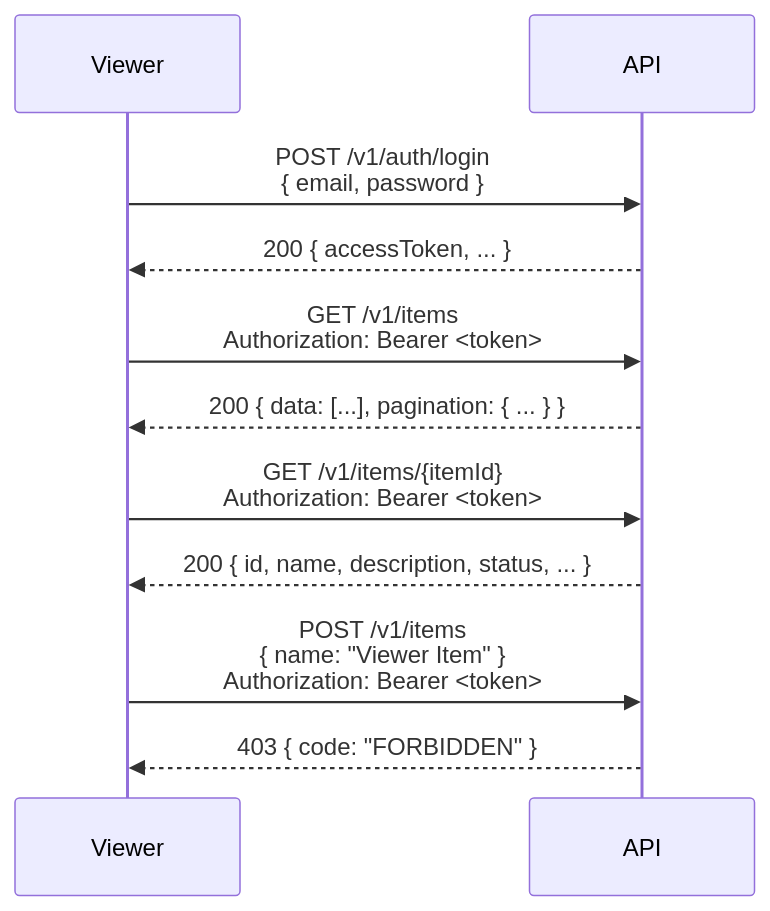
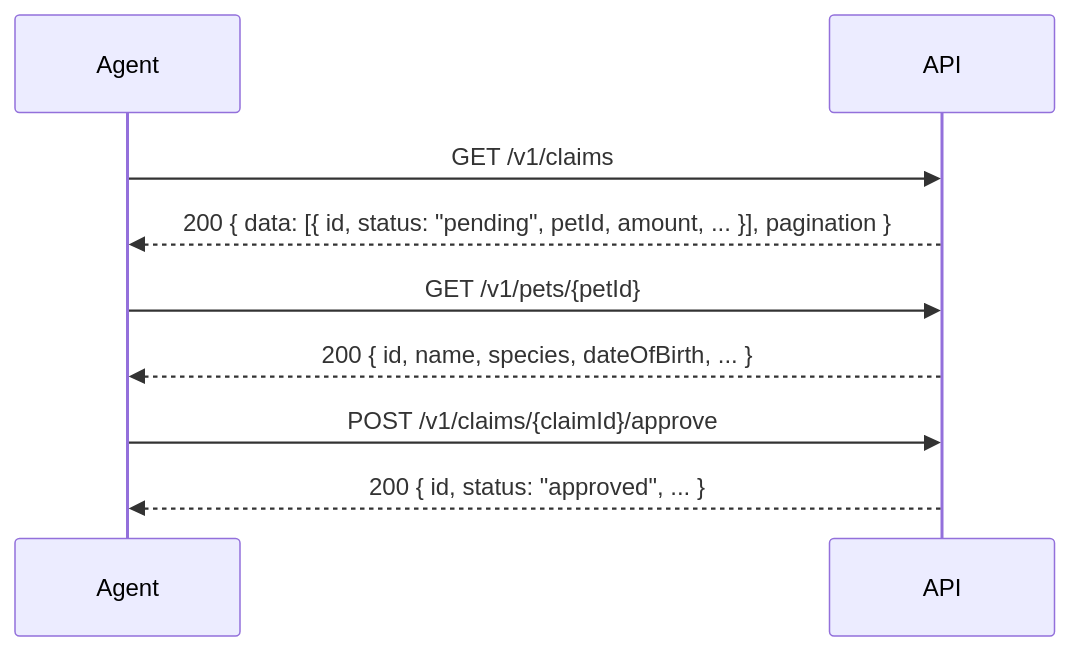
One commit to dataGriff/pet.insurance.domain.app.v1 changed the third of 6 diagrams in docs/specifications/sequence-diagrams.md. Above: the diagram before and after it, drawn with Mermaid. The commit also changed other lines of this file and 22 other files, not shown here.

````diff
--- a/docs/specifications/sequence-diagrams.md
+++ b/docs/specifications/sequence-diagrams.md
@@ -48,17 +50,14 @@
 ```mermaid
 sequenceDiagram
-    participant Viewer
+    participant Agent
     participant API
 
-    Viewer->>API: POST /v1/auth/login<br/>{ email, password }
-    API-->>Viewer: 200 { accessToken, ... }
+    Agent->>API: GET /v1/claims
+    API-->>Agent: 200 { data: [{ id, status: "pending", petId, amount, ... }], pagination }
 
-    Viewer->>API: GET /v1/items<br/>Authorization: Bearer <token>
-    API-->>Viewer: 200 { data: [...], pagination: { ... } }
+    Agent->>API: GET /v1/pets/{petId}
+    API-->>Agent: 200 { id, name, species, dateOfBirth, ... }
 
-    Viewer->>API: GET /v1/items/{itemId}<br/>Authorization: Bearer <token>
-    API-->>Viewer: 200 { id, name, description, status, ... }
-
-    Viewer->>API: POST /v1/items<br/>{ name: "Viewer Item" }<br/>Authorization: Bearer <token>
-    API-->>Viewer: 403 { code: "FORBIDDEN" }
+    Agent->>API: POST /v1/claims/{claimId}/approve
+    API-->>Agent: 200 { id, status: "approved", ... }
 ```
````
